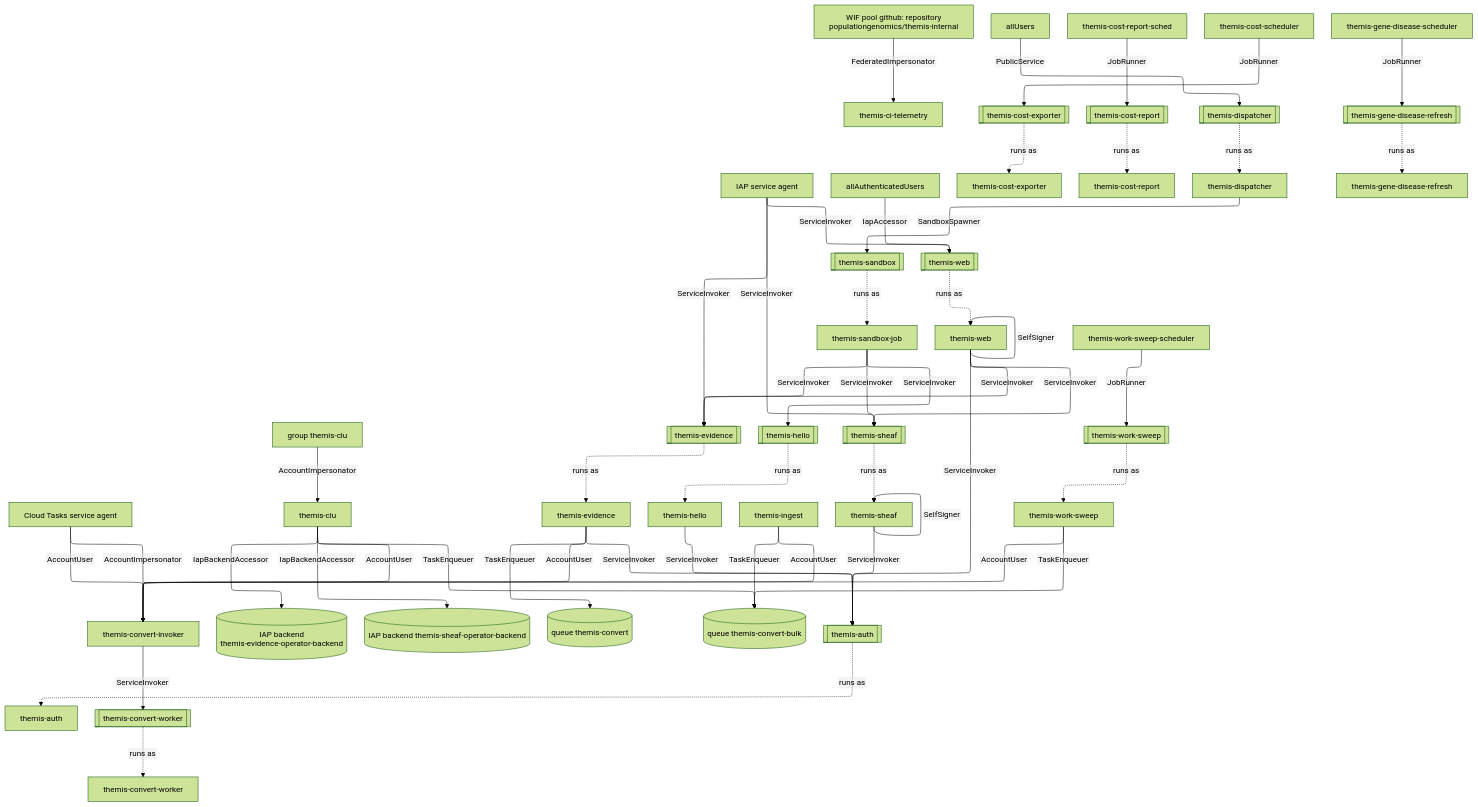
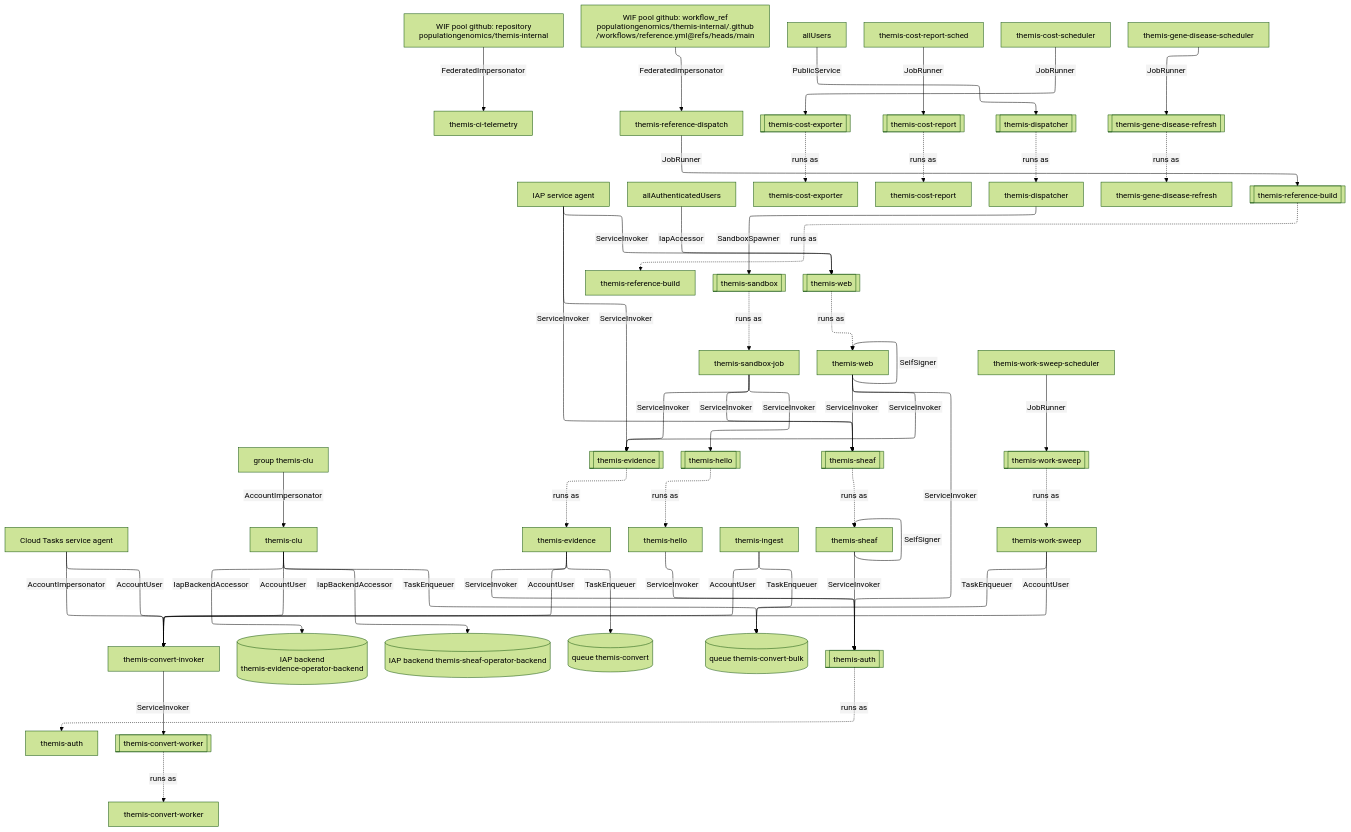
Before and after one commit to populationgenomics/themis: the diagram in docs/design/grants/calls.mmd, drawn with Mermaid (forest theme). The commit also changed 27 other files, not shown here.

First line of the commit message:
reference: mirror the build inputs and build stores and genomes as a Cloud Run Job (#1014)

```diff
--- a/docs/design/grants/calls.mmd
+++ b/docs/design/grants/calls.mmd
@@ -1,92 +1,99 @@
 %%{init: {"layout": "elk", "elk": {"mergeEdges": true, "nodePlacementStrategy": "NETWORK_SIMPLEX"}, "htmlLabels": false, "flowchart": {"htmlLabels": false, "wrappingWidth": 320}}}%%
 flowchart TB
     n0["Cloud Tasks service agent"]
     n1["IAP service agent"]
     n2["WIF pool github: repository populationgenomics/themis-internal"]
-    n3["allAuthenticatedUsers"]
-    n4["allUsers"]
-    n5["group themis-clu"]
-    n6["themis-auth"]
-    n7["themis-ci-telemetry"]
-    n8["themis-clu"]
-    n9["themis-convert-invoker"]
-    n10["themis-convert-worker"]
-    n11["themis-cost-exporter"]
-    n12["themis-cost-report"]
-    n13["themis-cost-report-sched"]
-    n14["themis-cost-scheduler"]
-    n15["themis-dispatcher"]
-    n16["themis-evidence"]
-    n17["themis-gene-disease-refresh"]
-    n18["themis-gene-disease-scheduler"]
-    n19["themis-hello"]
-    n20["themis-ingest"]
-    n21["themis-sandbox-job"]
-    n22["themis-sheaf"]
-    n23["themis-web"]
-    n24["themis-work-sweep"]
-    n25["themis-work-sweep-scheduler"]
-    n26[("IAP backend themis-evidence-operator-backend")]
-    n27[("IAP backend themis-sheaf-operator-backend")]
-    n28[("queue themis-convert")]
-    n29[("queue themis-convert-bulk")]
-    n30[["themis-auth"]]
-    n31[["themis-convert-worker"]]
-    n32[["themis-cost-exporter"]]
-    n33[["themis-cost-report"]]
-    n34[["themis-dispatcher"]]
-    n35[["themis-evidence"]]
-    n36[["themis-gene-disease-refresh"]]
-    n37[["themis-hello"]]
-    n38[["themis-sandbox"]]
-    n39[["themis-sheaf"]]
-    n40[["themis-web"]]
-    n41[["themis-work-sweep"]]
-    n0 -->|AccountImpersonator| n9
-    n0 -->|AccountUser| n9
-    n1 -->|ServiceInvoker| n35
-    n1 -->|ServiceInvoker| n39
-    n1 -->|ServiceInvoker| n40
-    n2 -->|FederatedImpersonator| n7
-    n3 -->|IapAccessor| n40
-    n4 -->|PublicService| n34
-    n5 -->|AccountImpersonator| n8
-    n8 -->|AccountUser| n9
-    n8 -->|IapBackendAccessor| n26
-    n8 -->|IapBackendAccessor| n27
-    n8 -->|TaskEnqueuer| n29
-    n9 -->|ServiceInvoker| n31
-    n13 -->|JobRunner| n33
-    n14 -->|JobRunner| n32
-    n15 -->|SandboxSpawner| n38
-    n16 -->|AccountUser| n9
-    n16 -->|ServiceInvoker| n30
-    n16 -->|TaskEnqueuer| n28
-    n18 -->|JobRunner| n36
-    n19 -->|ServiceInvoker| n30
-    n20 -->|AccountUser| n9
-    n20 -->|TaskEnqueuer| n29
-    n21 -->|ServiceInvoker| n35
-    n21 -->|ServiceInvoker| n37
-    n21 -->|ServiceInvoker| n39
-    n22 -->|SelfSigner| n22
-    n22 -->|ServiceInvoker| n30
-    n23 -->|SelfSigner| n23
-    n23 -->|ServiceInvoker| n30
-    n23 -->|ServiceInvoker| n35
-    n23 -->|ServiceInvoker| n39
-    n24 -->|AccountUser| n9
-    n24 -->|TaskEnqueuer| n29
-    n25 -->|JobRunner| n41
-    n30 -. runs as .-> n6
-    n31 -. runs as .-> n10
-    n32 -. runs as .-> n11
-    n33 -. runs as .-> n12
-    n34 -. runs as .-> n15
-    n35 -. runs as .-> n16
-    n36 -. runs as .-> n17
-    n37 -. runs as .-> n19
-    n38 -. runs as .-> n21
-    n39 -. runs as .-> n22
-    n40 -. runs as .-> n23
-    n41 -. runs as .-> n24
+    n3["WIF pool github: workflow_ref populationgenomics/themis-internal/.github/workflows/reference.yml@refs/heads/main"]
+    n4["allAuthenticatedUsers"]
+    n5["allUsers"]
+    n6["group themis-clu"]
+    n7["themis-auth"]
+    n8["themis-ci-telemetry"]
+    n9["themis-clu"]
+    n10["themis-convert-invoker"]
+    n11["themis-convert-worker"]
+    n12["themis-cost-exporter"]
+    n13["themis-cost-report"]
+    n14["themis-cost-report-sched"]
+    n15["themis-cost-scheduler"]
+    n16["themis-dispatcher"]
+    n17["themis-evidence"]
+    n18["themis-gene-disease-refresh"]
+    n19["themis-gene-disease-scheduler"]
+    n20["themis-hello"]
+    n21["themis-ingest"]
+    n22["themis-reference-build"]
+    n23["themis-reference-dispatch"]
+    n24["themis-sandbox-job"]
+    n25["themis-sheaf"]
+    n26["themis-web"]
+    n27["themis-work-sweep"]
+    n28["themis-work-sweep-scheduler"]
+    n29[("IAP backend themis-evidence-operator-backend")]
+    n30[("IAP backend themis-sheaf-operator-backend")]
+    n31[("queue themis-convert")]
+    n32[("queue themis-convert-bulk")]
+    n33[["themis-auth"]]
+    n34[["themis-convert-worker"]]
+    n35[["themis-cost-exporter"]]
+    n36[["themis-cost-report"]]
+    n37[["themis-dispatcher"]]
+    n38[["themis-evidence"]]
+    n39[["themis-gene-disease-refresh"]]
+    n40[["themis-hello"]]
+    n41[["themis-reference-build"]]
+    n42[["themis-sandbox"]]
+    n43[["themis-sheaf"]]
+    n44[["themis-web"]]
+    n45[["themis-work-sweep"]]
+    n0 -->|AccountImpersonator| n10
+    n0 -->|AccountUser| n10
+    n1 -->|ServiceInvoker| n38
+    n1 -->|ServiceInvoker| n43
+    n1 -->|ServiceInvoker| n44
+    n2 -->|FederatedImpersonator| n8
+    n3 -->|FederatedImpersonator| n23
+    n4 -->|IapAccessor| n44
+    n5 -->|PublicService| n37
+    n6 -->|AccountImpersonator| n9
+    n9 -->|AccountUser| n10
+    n9 -->|IapBackendAccessor| n29
+    n9 -->|IapBackendAccessor| n30
+    n9 -->|TaskEnqueuer| n32
+    n10 -->|ServiceInvoker| n34
+    n14 -->|JobRunner| n36
+    n15 -->|JobRunner| n35
+    n16 -->|SandboxSpawner| n42
+    n17 -->|AccountUser| n10
+    n17 -->|ServiceInvoker| n33
+    n17 -->|TaskEnqueuer| n31
+    n19 -->|JobRunner| n39
+    n20 -->|ServiceInvoker| n33
+    n21 -->|AccountUser| n10
+    n21 -->|TaskEnqueuer| n32
+    n23 -->|JobRunner| n41
+    n24 -->|ServiceInvoker| n38
+    n24 -->|ServiceInvoker| n40
+    n24 -->|ServiceInvoker| n43
+    n25 -->|SelfSigner| n25
+    n25 -->|ServiceInvoker| n33
+    n26 -->|SelfSigner| n26
+    n26 -->|ServiceInvoker| n33
+    n26 -->|ServiceInvoker| n38
+    n26 -->|ServiceInvoker| n43
+    n27 -->|AccountUser| n10
+    n27 -->|TaskEnqueuer| n32
+    n28 -->|JobRunner| n45
+    n33 -. runs as .-> n7
+    n34 -. runs as .-> n11
+    n35 -. runs as .-> n12
+    n36 -. runs as .-> n13
+    n37 -. runs as .-> n16
+    n38 -. runs as .-> n17
+    n39 -. runs as .-> n18
+    n40 -. runs as .-> n20
+    n41 -. runs as .-> n22
+    n42 -. runs as .-> n24
+    n43 -. runs as .-> n25
+    n44 -. runs as .-> n26
+    n45 -. runs as .-> n27
```
